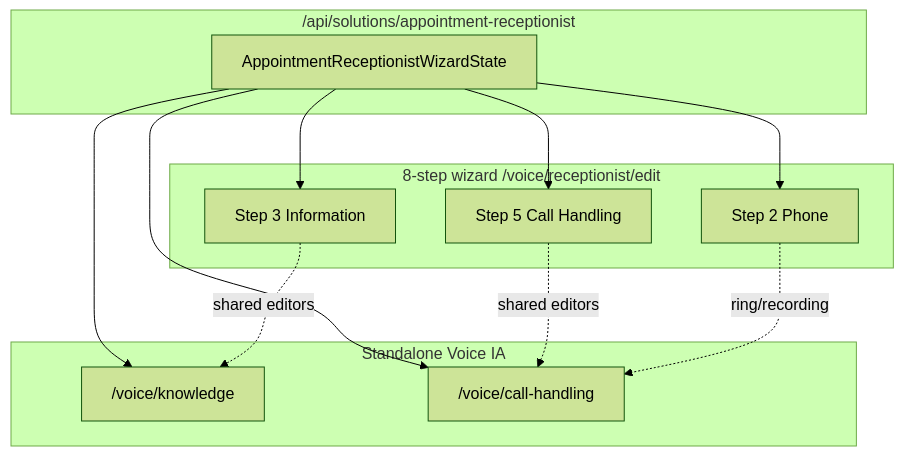
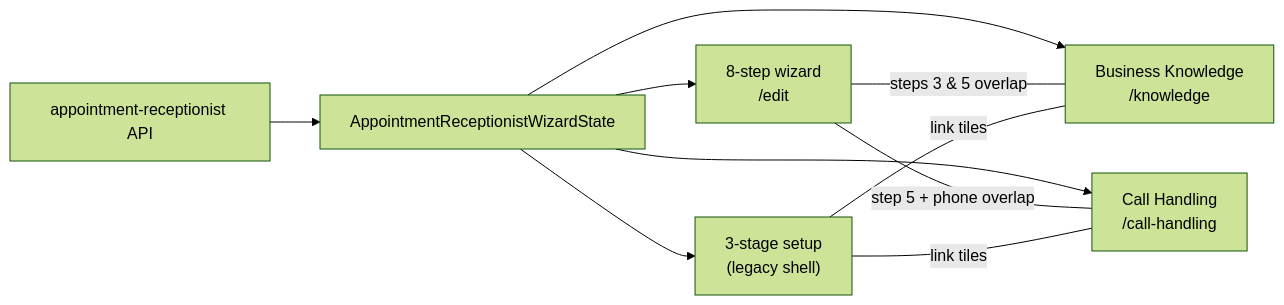
Before and after one commit to 703deuce/sms: the diagram in docs/VOICE-AGENT-WIZARD-KNOWLEDGE-CALL-HANDLING-OVERLAP.md, drawn with Mermaid (forest theme). The commit also changed other lines of this file, not shown here.

Commit message:
docs: full 8-step wizard vs knowledge, call-handling, and 3-stage setup inventory

````diff
--- a/docs/VOICE-AGENT-WIZARD-KNOWLEDGE-CALL-HANDLING-OVERLAP.md
+++ b/docs/VOICE-AGENT-WIZARD-KNOWLEDGE-CALL-HANDLING-OVERLAP.md
@@ -27,27 +28,21 @@
 ```mermaid
-flowchart TB
-  subgraph API["/api/solutions/appointment-receptionist"]
-    WState["AppointmentReceptionistWizardState"]
-  end
+flowchart LR
+  API["appointment-receptionist API"]
+  STATE["AppointmentReceptionistWizardState"]
 
-  subgraph Wizard["8-step wizard /voice/receptionist/edit"]
-    S2["Step 2 Phone"]
-    S3["Step 3 Information"]
-    S5["Step 5 Call Handling"]
-  end
+  W8["8-step wizard\n/edit"]
+  KB["Business Knowledge\n/knowledge"]
+  CH["Call Handling\n/call-handling"]
+  S3["3-stage setup\n(legacy shell)"]
 
-  subgraph Standalone["Standalone Voice IA"]
-    KB["/voice/knowledge"]
-    CH["/voice/call-handling"]
-  end
+  API --> STATE
+  STATE --> W8
+  STATE --> KB
+  STATE --> CH
+  STATE --> S3
 
-  WState --> S2
-  WState --> S3
-  WState --> S5
-  WState --> KB
-  WState --> CH
-
-  S3 -.->|shared editors| KB
-  S5 -.->|shared editors| CH
-  S2 -.->|ring/recording| CH
+  W8 ---|"steps 3 & 5 overlap"| KB
+  W8 ---|"step 5 + phone overlap"| CH
+  S3 ---|"link tiles"| KB
+  S3 ---|"link tiles"| CH
 ```
````
